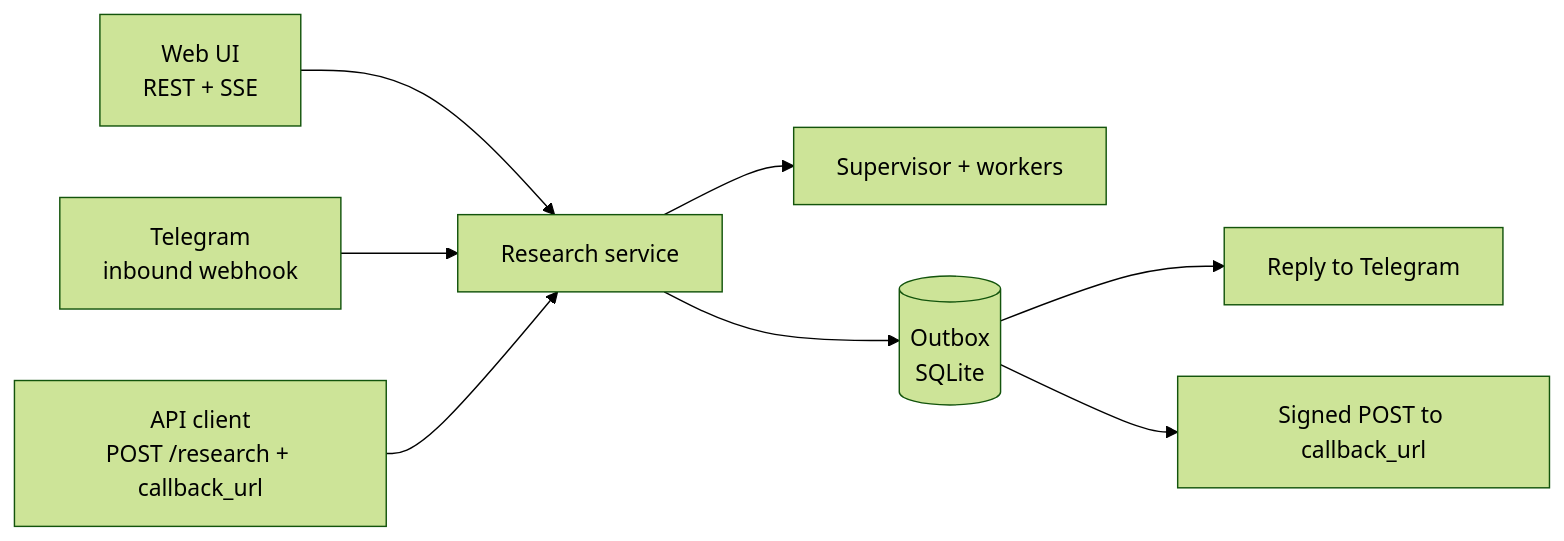
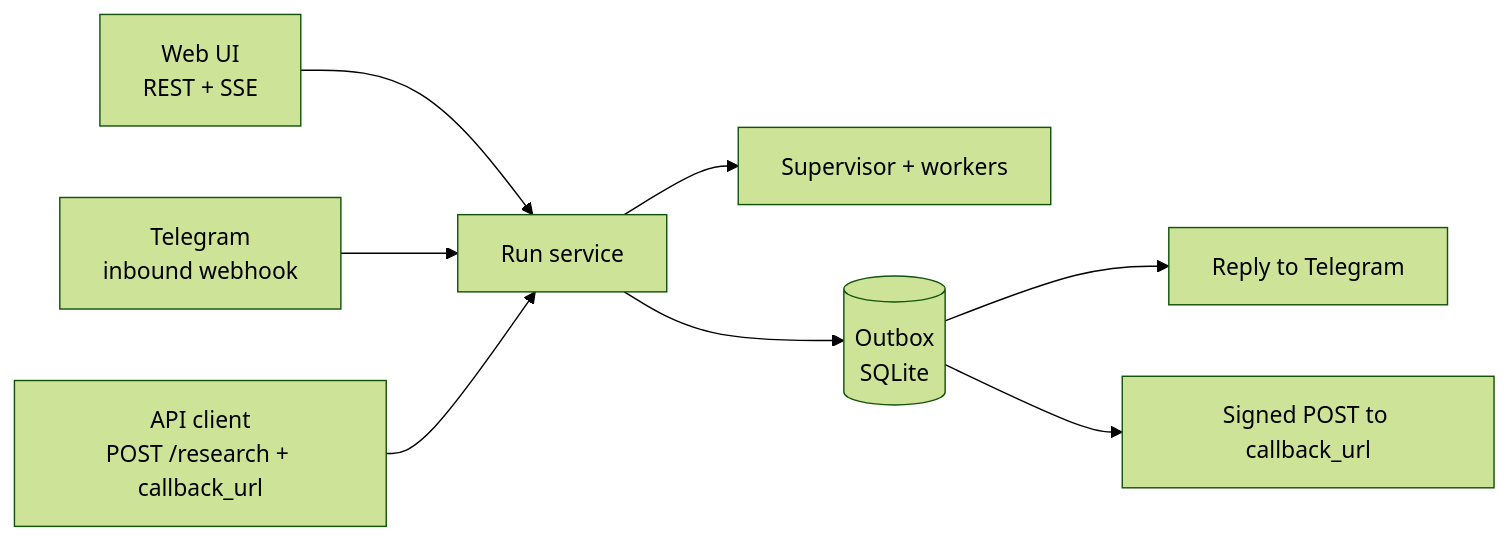
Before and after one commit to RodrigoDamasio/TA_FinalProject: the first of 2 diagrams in Final_project/BRAINSTORM.md, drawn with Mermaid (forest theme). The commit also changed other lines of this file and 5 other files, not shown here.

````diff
--- a/Final_project/BRAINSTORM.md
+++ b/Final_project/BRAINSTORM.md
@@ -146,10 +146,10 @@
 ```mermaid
 flowchart LR
-    web["Web UI<br/>REST + SSE"] --> svc["Research service"]
+    web["Web UI<br/>REST + SSE"] --> svc["Run service"]
     tg["Telegram<br/>inbound webhook"] --> svc
     api["API client<br/>POST /research + callback_url"] --> svc
     svc --> agents["Supervisor + workers"]
     svc --> outbox[("Outbox<br/>SQLite")]
     outbox --> tgout["Reply to Telegram"]
     outbox --> cb["Signed POST to callback_url"]
 ```
````
